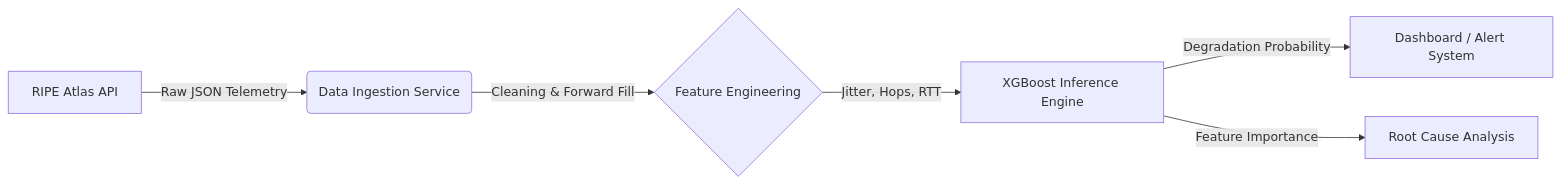
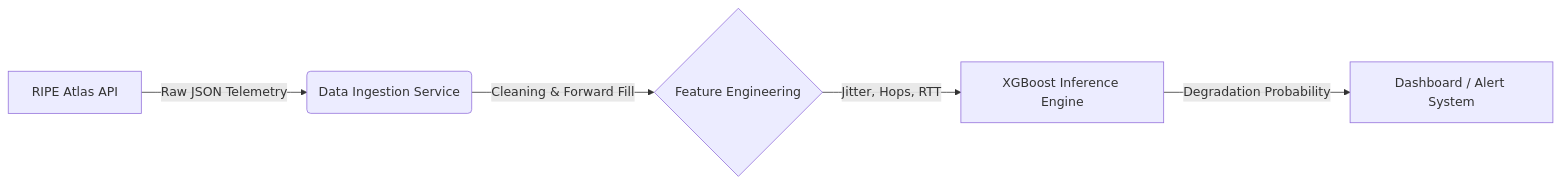
Before and after one commit to Dhruvq/networkdeg: the diagram in README.md, drawn with Mermaid. The commit also changed other lines of this file and 1 other file, not shown here.

````diff
--- a/README.md
+++ b/README.md
@@ -7,8 +8,7 @@
 ```mermaid
 graph LR
     A[RIPE Atlas API] -->|Raw JSON Telemetry| B(Data Ingestion Service)
     B -->|Cleaning & Forward Fill| C{Feature Engineering}
     C -->|Jitter, Hops, RTT| D[XGBoost Inference Engine]
     D -->|Degradation Probability| E[Dashboard / Alert System]
-    D -->|Feature Importance| F[Root Cause Analysis]
 ```
````
